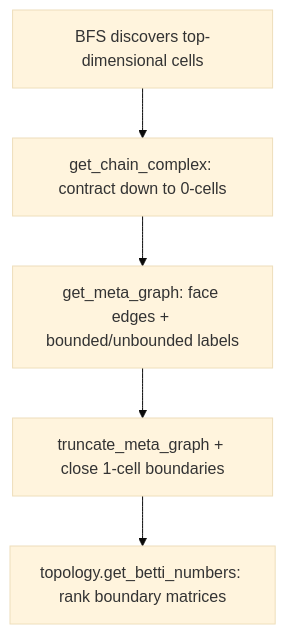
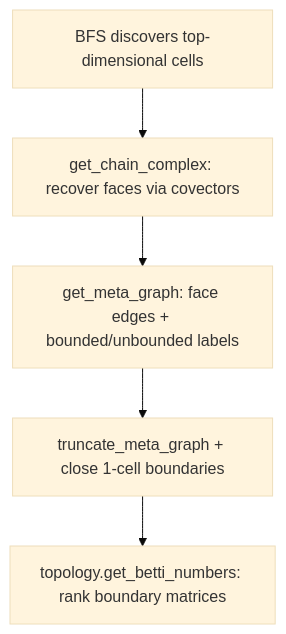
Before and after one commit to bl-ake/relucent: the diagram in docs/betti_computation.md, drawn with Mermaid (base theme). The commit also changed other lines of this file and 13 other files, not shown here.

````diff
--- a/docs/betti_computation.md
+++ b/docs/betti_computation.md
@@ -22,10 +22,10 @@
 ```mermaid
 flowchart TD
     search["BFS discovers top-dimensional cells"]
-    chain["get_chain_complex: contract down to 0-cells"]
+    chain["get_chain_complex: recover faces via covectors"]
     meta["get_meta_graph: face edges + bounded/unbounded labels"]
     trunc["truncate_meta_graph + close 1-cell boundaries"]
     rank["topology.get_betti_numbers: rank boundary matrices"]
 
     search --> chain --> meta --> trunc --> rank
 ```
````
